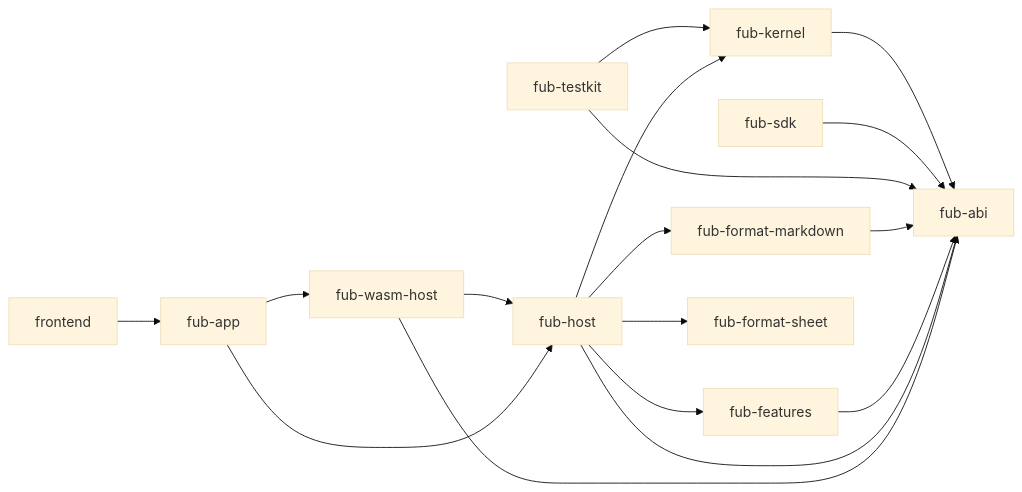
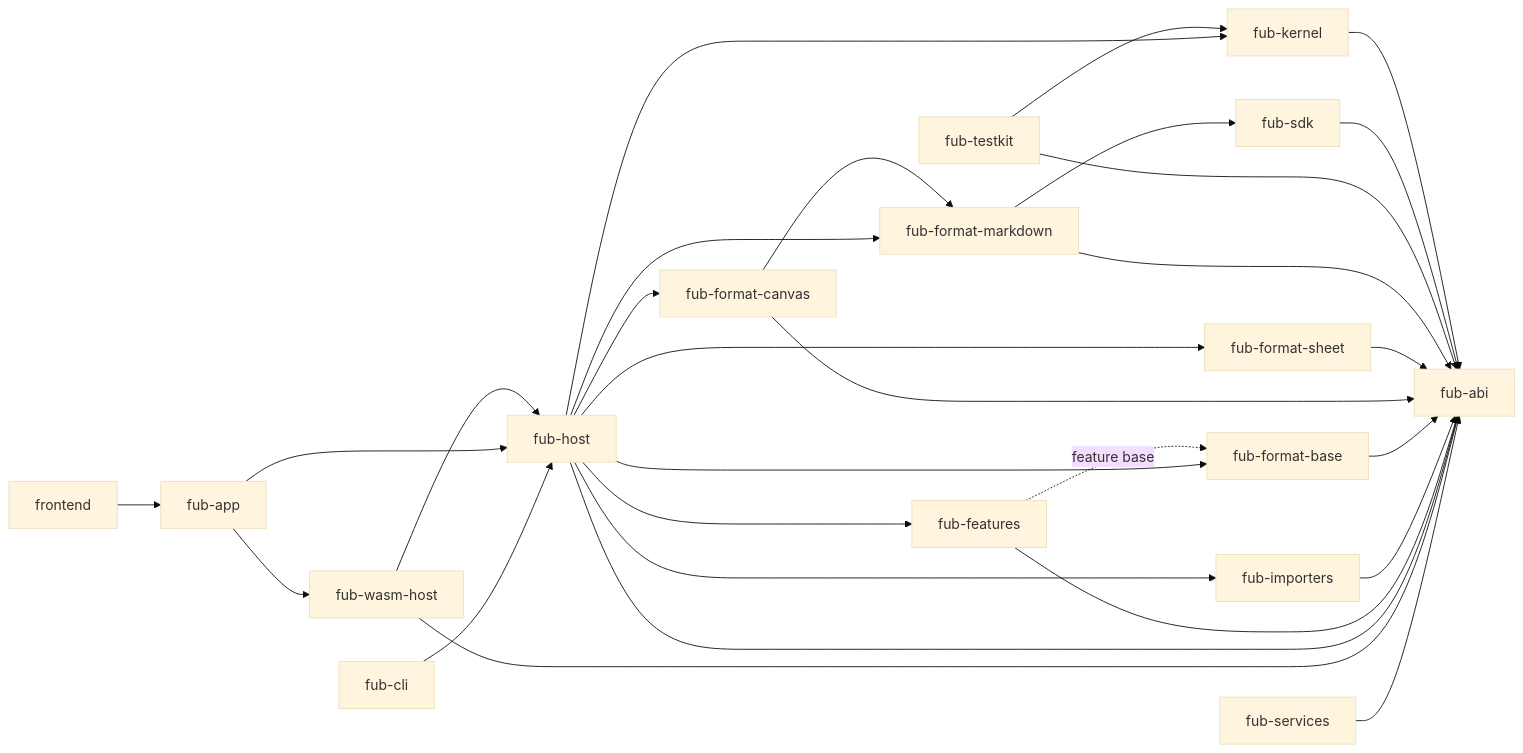
One commit to Fubeo/Fub changed the diagram in docs/architecture/components-and-boundaries.md. Above: the diagram before and after it, drawn with Mermaid (base theme). The commit also changed other lines of this file and 448 other files, not shown here.

````diff
--- a/docs/architecture/components-and-boundaries.md
+++ b/docs/architecture/components-and-boundaries.md
@@ -9,20 +9,32 @@
 ```mermaid
 flowchart LR
     ABI["fub-abi"]
     KERNEL["fub-kernel"] --> ABI
     SDK["fub-sdk"] --> ABI
     TESTKIT["fub-testkit"] --> KERNEL
     TESTKIT --> ABI
     MARKDOWN["fub-format-markdown"] --> ABI
+    MARKDOWN --> SDK
+    SHEET["fub-format-sheet"] --> ABI
+    CANVAS["fub-format-canvas"] --> ABI
+    CANVAS --> MARKDOWN
+    BASE["fub-format-base"] --> ABI
+    IMPORTERS["fub-importers"] --> ABI
     FEATURES["fub-features"] --> ABI
+    FEATURES -. "feature base" .-> BASE
     HOST["fub-host"] --> KERNEL
     HOST --> ABI
     HOST --> FEATURES
     HOST --> MARKDOWN
-    HOST --> SHEET["fub-format-sheet"]
+    HOST --> SHEET
+    HOST --> CANVAS
+    HOST --> BASE
+    HOST --> IMPORTERS
     WASM["fub-wasm-host"] --> ABI
     WASM --> HOST
     APP["fub-app"] --> HOST
     APP --> WASM
+    CLI["fub-cli"] --> HOST
+    SERVICES["fub-services"] --> ABI
     FRONTEND["frontend"] --> APP
 ```
````
